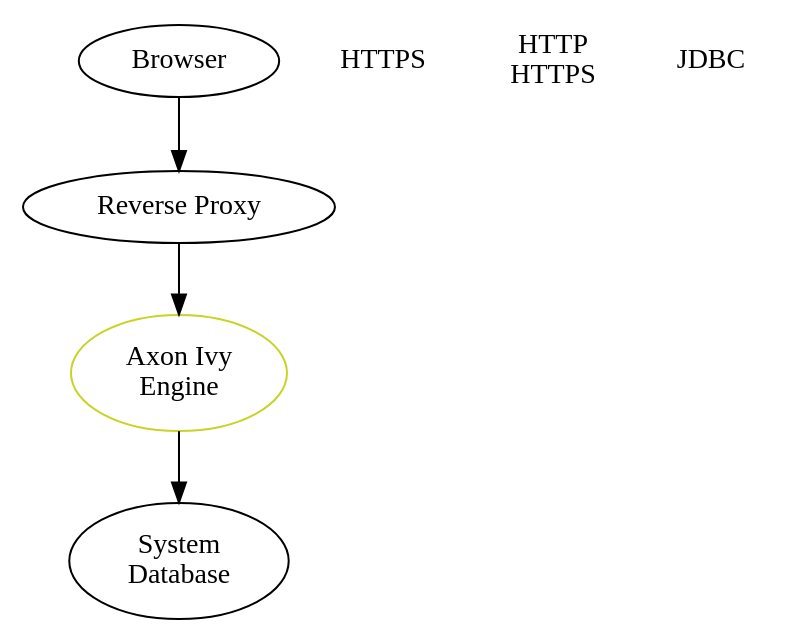
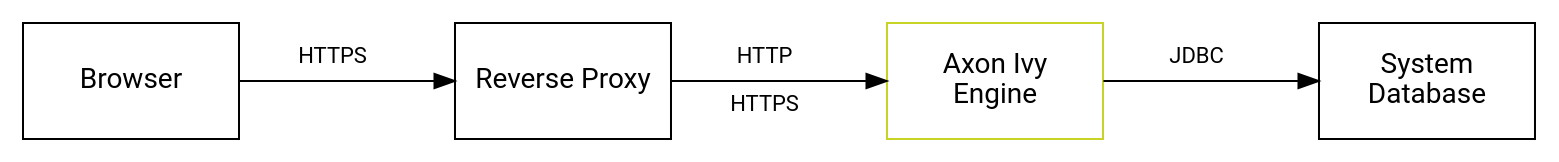
The diagram in source/engine-guide/security/overview.dot (bernhardAxonIvy/doc), drawn with Graphviz before and after one commit. The commit also changed 28 other files, not shown here.

```diff
--- a/source/engine-guide/security/overview.dot
+++ b/source/engine-guide/security/overview.dot
@@ -1,21 +1,20 @@
-
 digraph overview {  
-
+  layout=neato;
+  node [shape=box, fontname="Roboto,Helvetica Neue,Arial,sans-serif", margin=0, fixedsize="true"]; 
+  
   /* nodes */
-  browser [label="Browser" pos="0,2.5!" width=1];
-  reverseproxy [label="Reverse Proxy" pos="2.25,2.5!" width=1.5];  
-  engine [label="Axon Ivy\nEngine" pos="5.4,2.5!" height=0.8 width=1.5 color="#C7D426" fontcolor="black"];   
-  systemdb [label="System\nDatabase" pos="8,2.5!" width=1.5 height=0.8]
+  browser [label="Browser"             pos="0,2.5!", height="0.8", width="1.5"];
+  reverseproxy [label="Reverse Proxy", pos="3,2.5!", height="0.8", width="1.5"];  
+  engine [label="Axon Ivy\nEngine",    pos="6,2.5!", height="0.8", width="1.5", color="#C7D426", fontcolor="black"];   
+  systemdb [label="System\nDatabase"   pos="9,2.5!", height="0.8", width="1.5"]
 
   /* edges */
   browser -> reverseproxy;
   reverseproxy -> engine;
   engine -> systemdb;
 
   /* edge labels */
-  browserreverseproxy [label="HTTPS", pos="0.95,2.6!",shape=none,fillcolor=none,fontcolor=black];
-  reverseproxyengine [label="HTTP\nHTTPS", pos="3.75,2.45!",shape=none,fillcolor=none,fontcolor=black];
-  enginesystemdb [label="JDBC", pos="6.6,2.6!",shape=none,fillcolor=none,fontcolor=black];
-
-
+  browser_reverseproxy [label="HTTPS\n \n ",   pos="1.4,2.5!", shape=none, fillcolor=none, fontsize=11];
+  reverseproxy_engine [label="HTTP\n \nHTTPS", pos="4.4,2.5!", shape=none, fillcolor=none, fontsize=11];
+  engine_systemdb [label="JDBC\n \n ",         pos="7.4,2.5!", shape=none, fillcolor=none, fontsize=11];
 }
```
